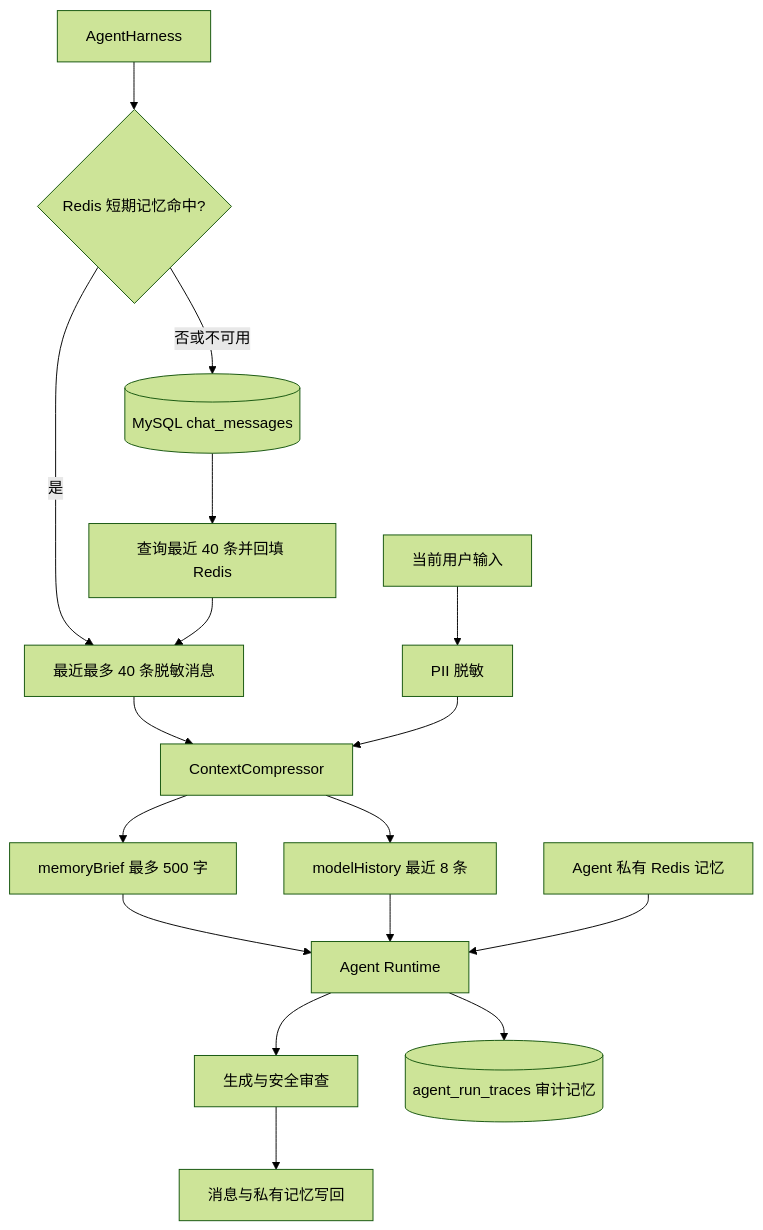
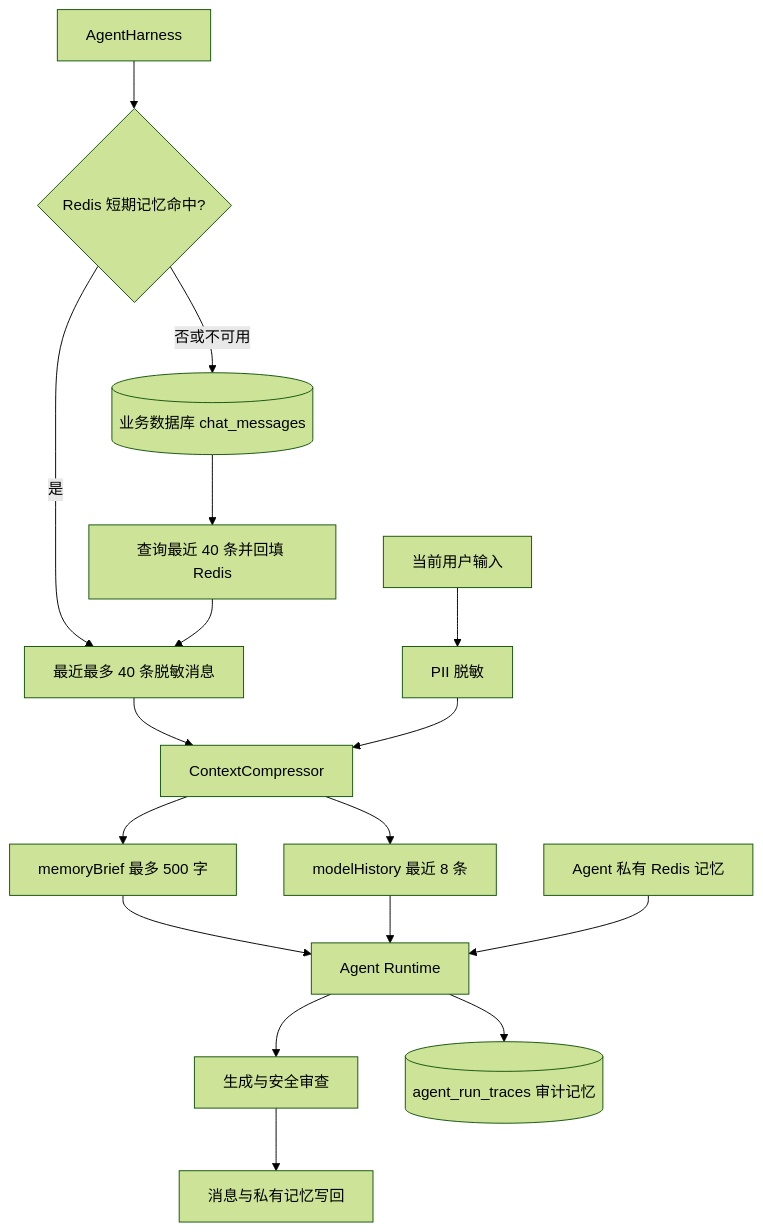
The diagram in docs/MEMORY.md (zlff003/MindNook), drawn with Mermaid (forest theme) before and after one commit. The commit also changed other lines of this file and 29 other files, not shown here.

````diff
--- a/docs/MEMORY.md
+++ b/docs/MEMORY.md
@@ -24,19 +24,19 @@
 ```mermaid
 flowchart TD
     Input[当前用户输入] --> Redact[PII 脱敏]
     Harness[AgentHarness] --> Redis{Redis 短期记忆命中?}
     Redis -->|是| Window[最近最多 40 条脱敏消息]
-    Redis -->|否或不可用| MySQL[(MySQL chat_messages)]
-    MySQL --> Backfill[查询最近 40 条并回填 Redis]
+    Redis -->|否或不可用| DB[(业务数据库 chat_messages)]
+    DB --> Backfill[查询最近 40 条并回填 Redis]
     Backfill --> Window
     Window --> Compress[ContextCompressor]
     Redact --> Compress
     Compress --> Brief[memoryBrief 最多 500 字]
     Compress --> History[modelHistory 最近 8 条]
     Brief --> Runtime[Agent Runtime]
     History --> Runtime
     Private[Agent 私有 Redis 记忆] --> Runtime
     Runtime --> Response[生成与安全审查]
     Response --> Persist[消息与私有记忆写回]
     Runtime --> Trace[(agent_run_traces 审计记忆)]
 ```
````
